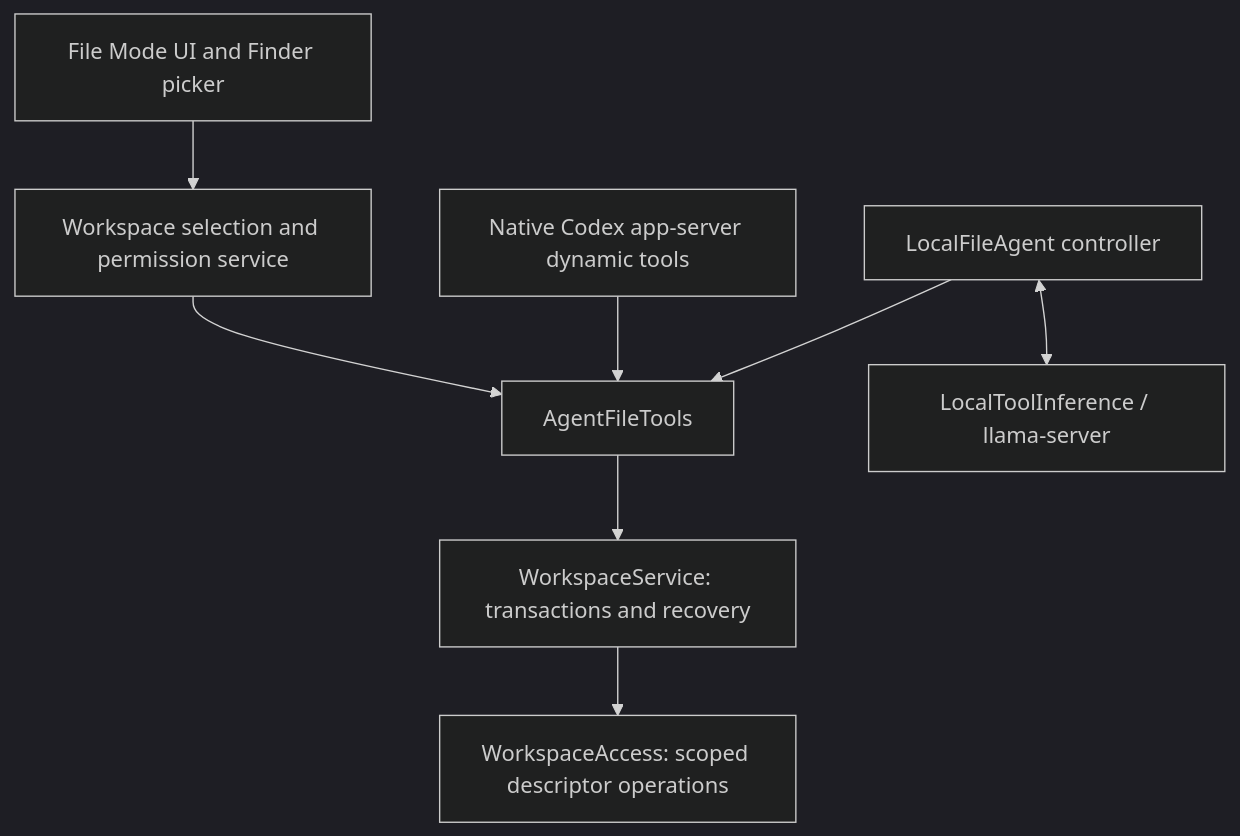
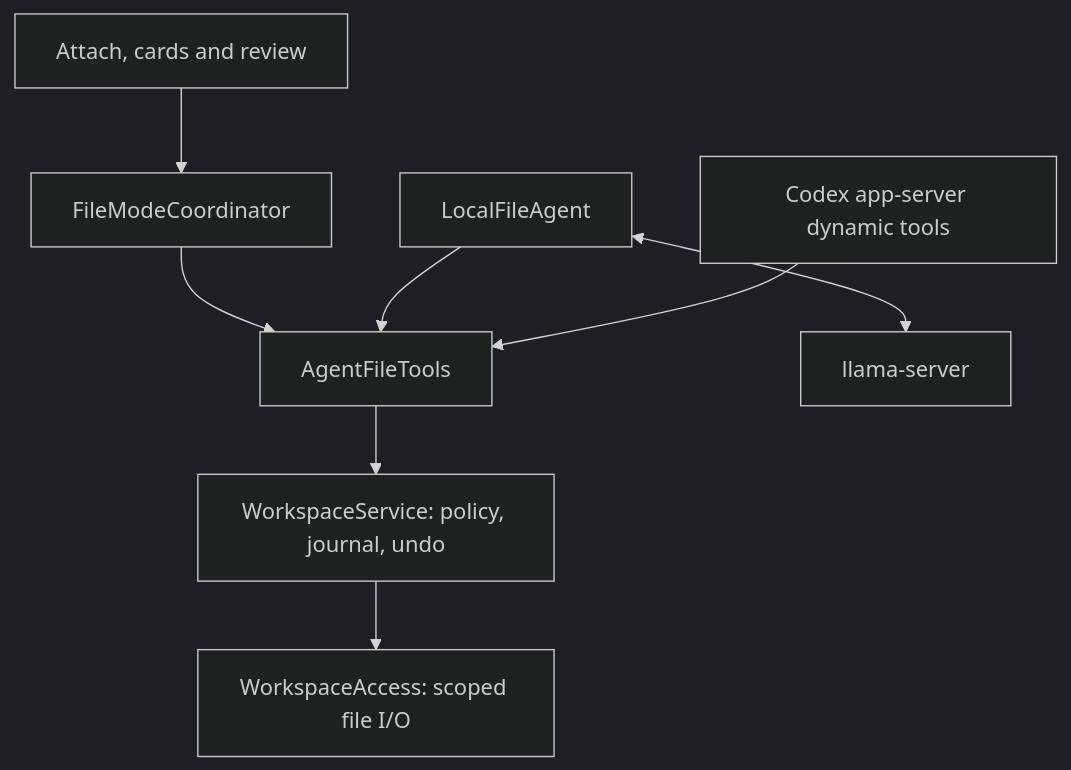
One commit to leow427/Enigma changed the diagram in docs/File-Mode.md. Above: the diagram before and after it, drawn with Mermaid (dark theme). The commit also changed other lines of this file and 40 other files, not shown here.

````diff
--- a/docs/File-Mode.md
+++ b/docs/File-Mode.md
@@ -11,10 +133,10 @@
 ```mermaid
 flowchart TD
-  UI[File Mode UI and Finder picker] --> Coordinator[Workspace selection and permission service]
+  UI[Attach, cards and review] --> Coordinator[FileModeCoordinator]
   Coordinator --> Tools[AgentFileTools]
-  Codex[Native Codex app-server dynamic tools] --> Tools
-  Local[LocalFileAgent controller] --> Tools
-  Local <--> Inference[LocalToolInference / llama-server]
-  Tools --> Service[WorkspaceService: transactions and recovery]
-  Service --> Access[WorkspaceAccess: scoped descriptor operations]
+  Local[LocalFileAgent] --> Tools
+  Local <--> Runtime[llama-server]
+  Codex[Codex app-server dynamic tools] --> Tools
+  Tools --> Service[WorkspaceService: policy, journal, undo]
+  Service --> Access[WorkspaceAccess: scoped file I/O]
 ```
````
